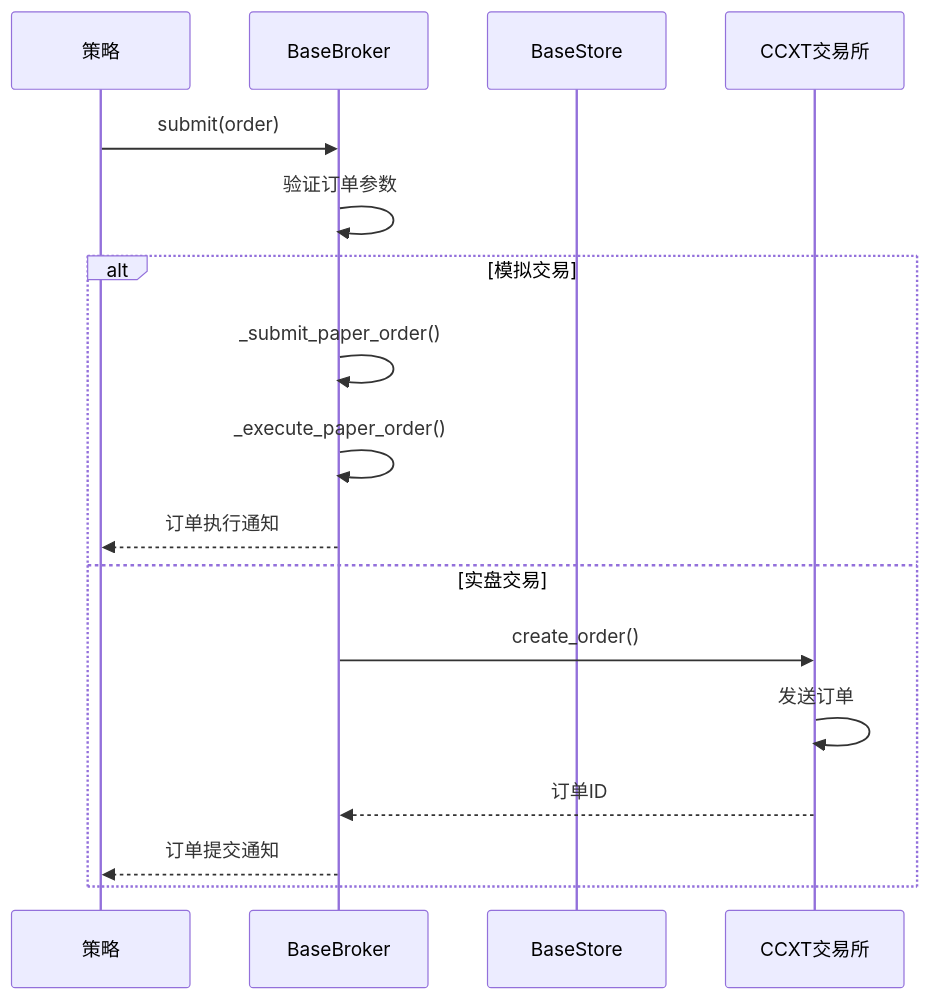
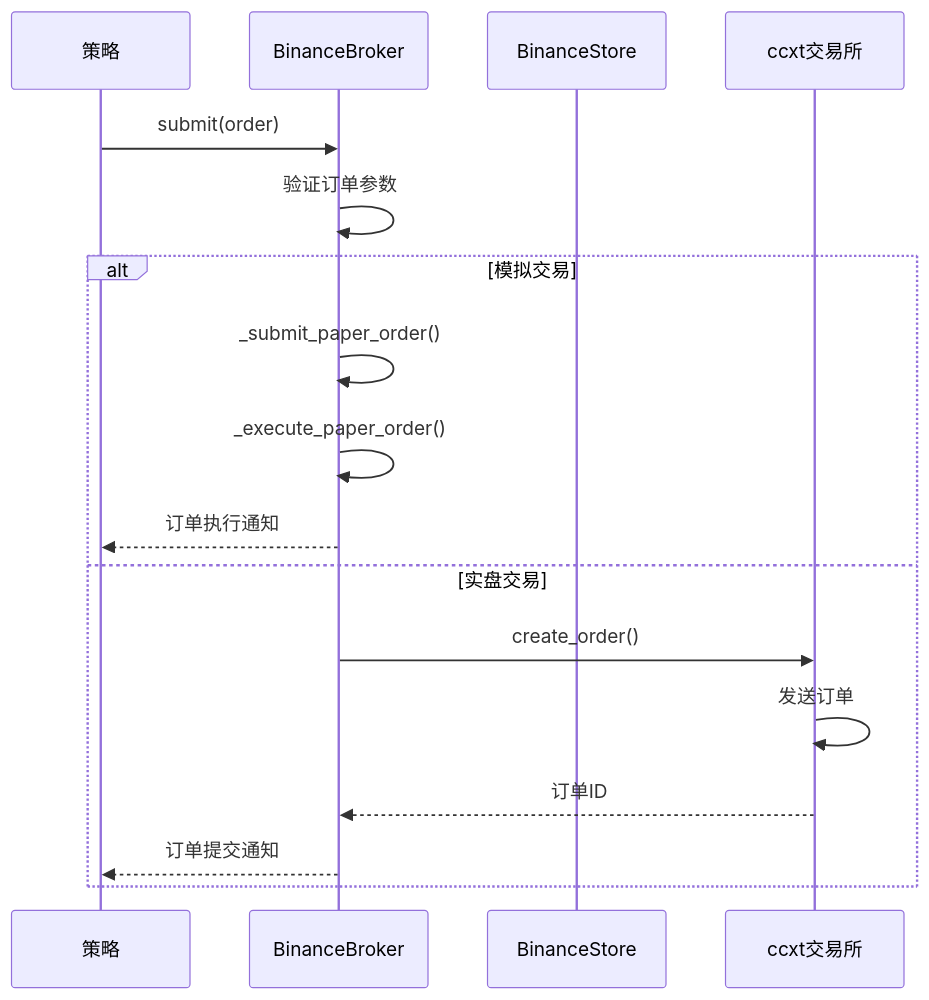
One commit to bench-prog/backtrader changed the fourth of 7 diagrams in .qoder/repowiki/zh/content/实盘交易模块/Bybit交易所集成/Bybit交易所集成.md. Above: the diagram before and after it, drawn with Mermaid. The commit also changed other lines of this file and 23 other files, not shown here.

````diff
--- a/.qoder/repowiki/zh/content/实盘交易模块/Bybit交易所集成/Bybit交易所集成.md
+++ b/.qoder/repowiki/zh/content/实盘交易模块/Bybit交易所集成/Bybit交易所集成.md
@@ -261,19 +247,19 @@
 ```mermaid
 sequenceDiagram
 participant Strategy as 策略
-participant Broker as BaseBroker
-participant Store as BaseStore
-participant Exchange as CCXT交易所
+participant Broker as BinanceBroker
+participant Store as BinanceStore
+participant Exchange as ccxt交易所
 Strategy->>Broker : submit(order)
 Broker->>Broker : 验证订单参数
 alt 模拟交易
 Broker->>Broker : _submit_paper_order()
 Broker->>Broker : _execute_paper_order()
 Broker-->>Strategy : 订单执行通知
 else 实盘交易
 Broker->>Exchange : create_order()
 Exchange->>Exchange : 发送订单
 Exchange-->>Broker : 订单ID
 Broker-->>Strategy : 订单提交通知
 end
 ```
````
